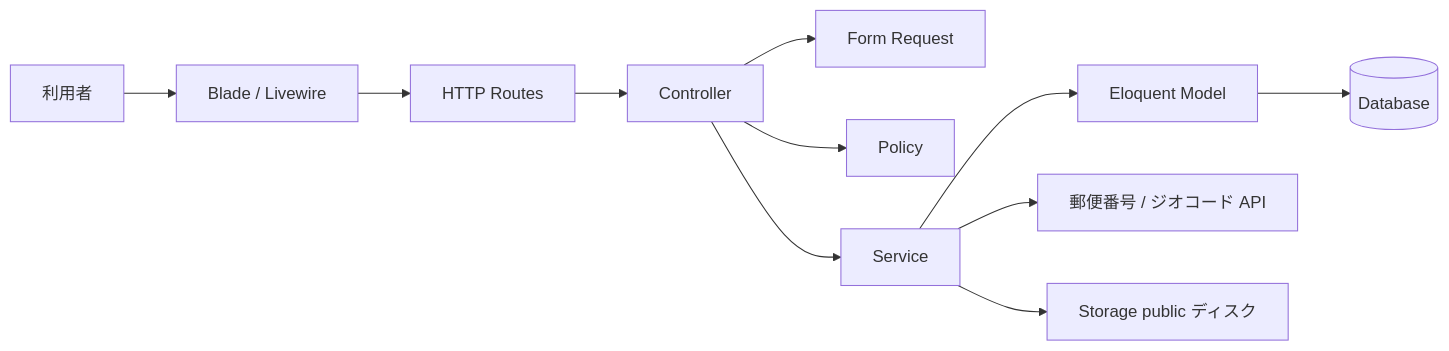
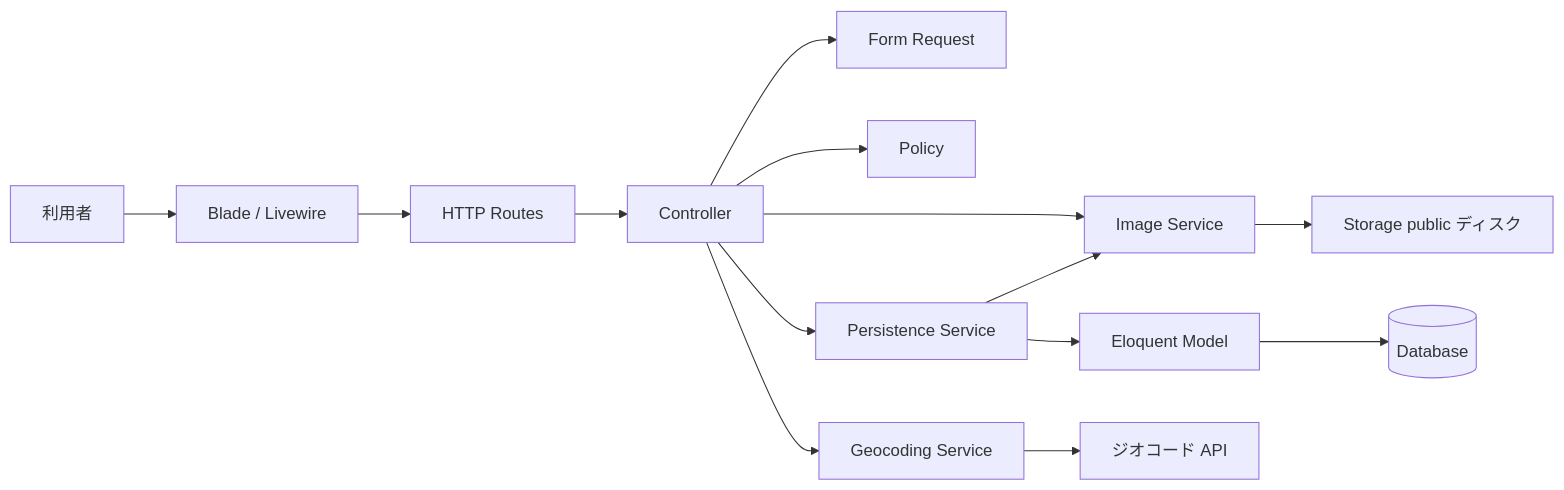
Before and after one commit to ariki41/BikeParking: the first of 2 diagrams in doc/design.md, drawn with Mermaid. The commit also changed other lines of this file and 12 other files, not shown here.

````diff
--- a/doc/design.md
+++ b/doc/design.md
@@ -29,13 +29,16 @@
 ```mermaid
 flowchart LR
     U[利用者] --> V[Blade / Livewire]
     V --> R[HTTP Routes]
     R --> C[Controller]
     C --> F[Form Request]
     C --> P[Policy]
-    C --> S[Service]
-    S --> M[Eloquent Model]
+    C --> PS[Persistence Service]
+    C --> GS[Geocoding Service]
+    C --> IS[Image Service]
+    PS --> IS
+    PS --> M[Eloquent Model]
     M --> D[(Database)]
-    S --> G[郵便番号 / ジオコード API]
-    S --> FS[Storage public ディスク]
+    GS --> G[ジオコード API]
+    IS --> FS[Storage public ディスク]
 ```
````
